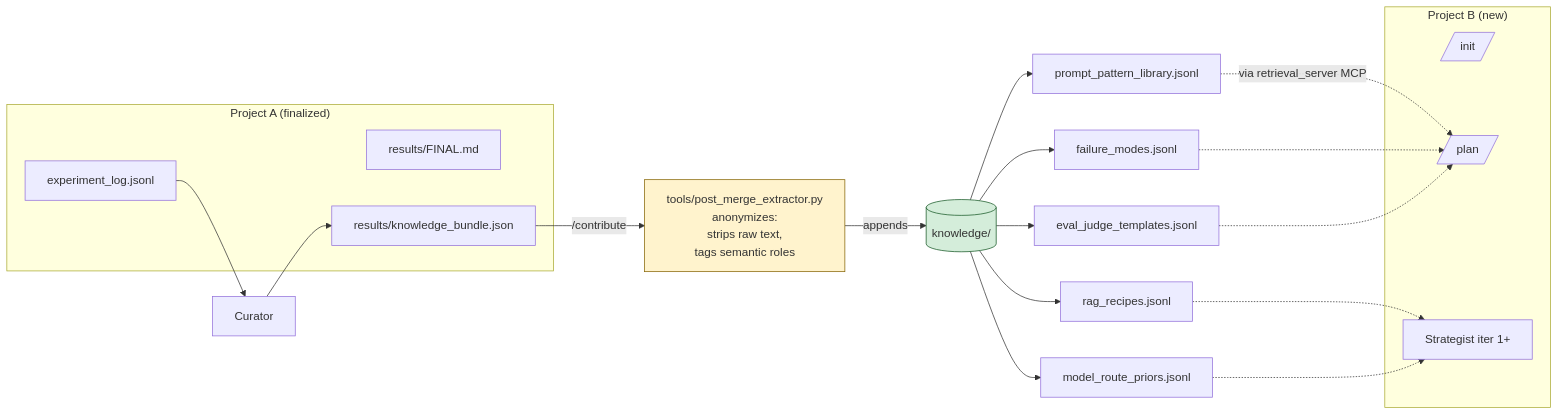
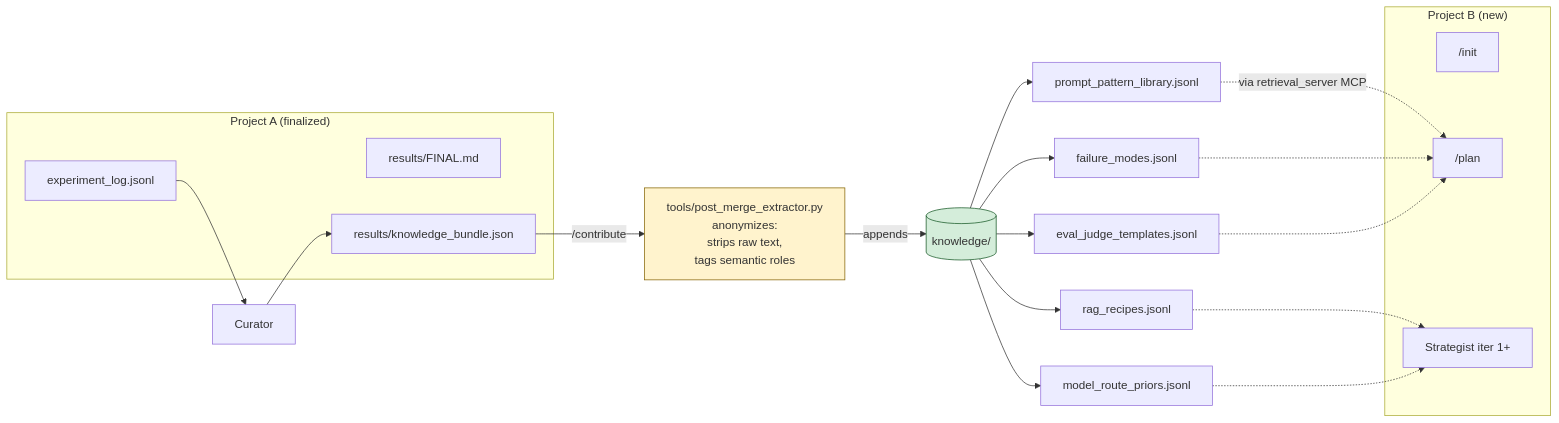
One commit to Akshay00008/evalsmith- changed the sixth of 7 diagrams in README.md. Above: the diagram before and after it, drawn with Mermaid. The commit also changed other lines of this file, not shown here.

First line of the commit message:
Fix Mermaid lexical errors: quote labels containing slashes

````diff
--- a/README.md
+++ b/README.md
@@ -315,35 +315,35 @@
 ```mermaid
 flowchart LR
     subgraph PROJ_A[" Project A (finalized) "]
-        A_LOG[experiment_log.jsonl]
-        A_FINAL[results/FINAL.md]
-        A_BUNDLE[results/knowledge_bundle.json]
+        A_LOG["experiment_log.jsonl"]
+        A_FINAL["results/FINAL.md"]
+        A_BUNDLE["results/knowledge_bundle.json"]
     end
 
-    A_LOG --> CUR[Curator]
+    A_LOG --> CUR["Curator"]
     CUR --> A_BUNDLE
-    A_BUNDLE -->|/contribute| EXTRACT[tools/post_merge_extractor.py<br/>anonymizes:<br/>strips raw text,<br/>tags semantic roles]
+    A_BUNDLE -->|"/contribute"| EXTRACT["tools/post_merge_extractor.py<br/>anonymizes:<br/>strips raw text,<br/>tags semantic roles"]
 
-    EXTRACT -->|appends| KNOW[(knowledge/)]
+    EXTRACT -->|appends| KNOW[("knowledge/")]
 
-    KNOW --> K1[prompt_pattern_library.jsonl]
-    KNOW --> K2[failure_modes.jsonl]
-    KNOW --> K3[rag_recipes.jsonl]
-    KNOW --> K4[model_route_priors.jsonl]
-    KNOW --> K5[eval_judge_templates.jsonl]
+    KNOW --> K1["prompt_pattern_library.jsonl"]
+    KNOW --> K2["failure_modes.jsonl"]
+    KNOW --> K3["rag_recipes.jsonl"]
+    KNOW --> K4["model_route_priors.jsonl"]
+    KNOW --> K5["eval_judge_templates.jsonl"]
 
     subgraph PROJ_B[" Project B (new) "]
-        B_INIT[/init/]
-        B_PLAN[/plan/]
-        B_STRAT[Strategist iter 1+]
+        B_INIT["/init"]
+        B_PLAN["/plan"]
+        B_STRAT["Strategist iter 1+"]
     end
 
     K1 -.via retrieval_server MCP.-> B_PLAN
     K2 -.-> B_PLAN
     K3 -.-> B_STRAT
     K4 -.-> B_STRAT
     K5 -.-> B_PLAN
 
     style EXTRACT fill:#fff3cd,stroke:#856404
     style KNOW fill:#d4edda,stroke:#155724
 ```
````
